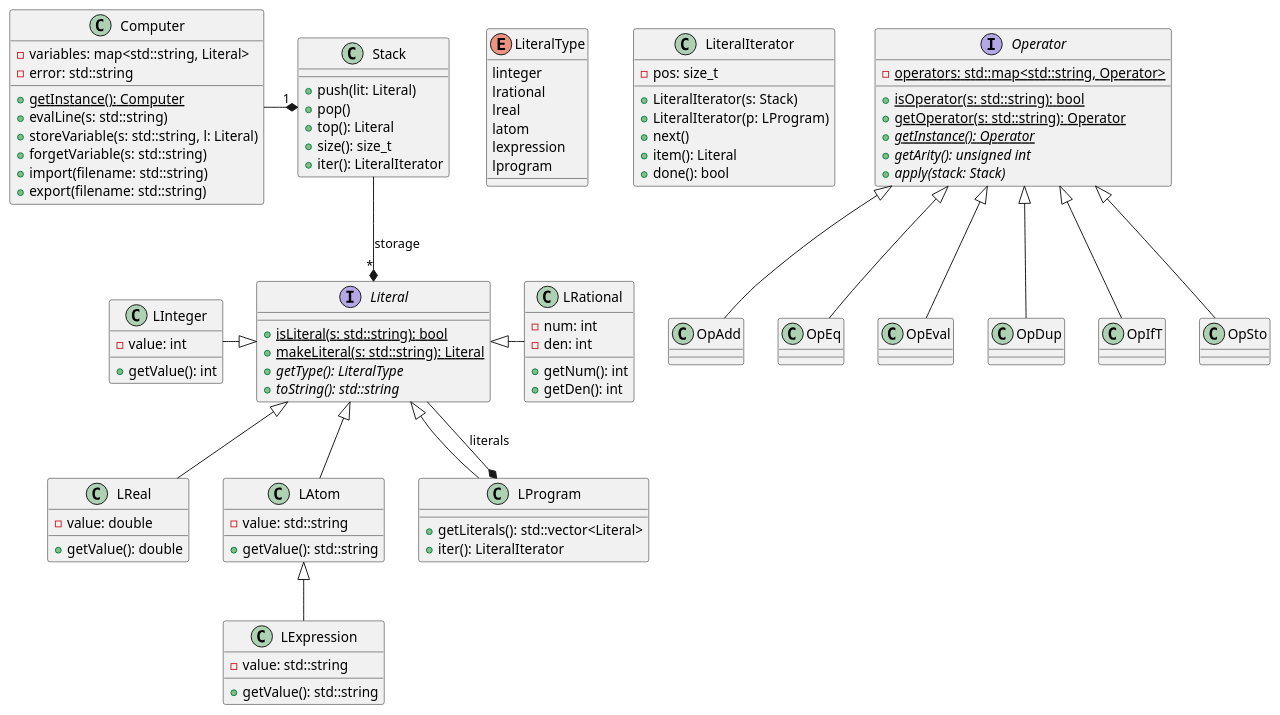
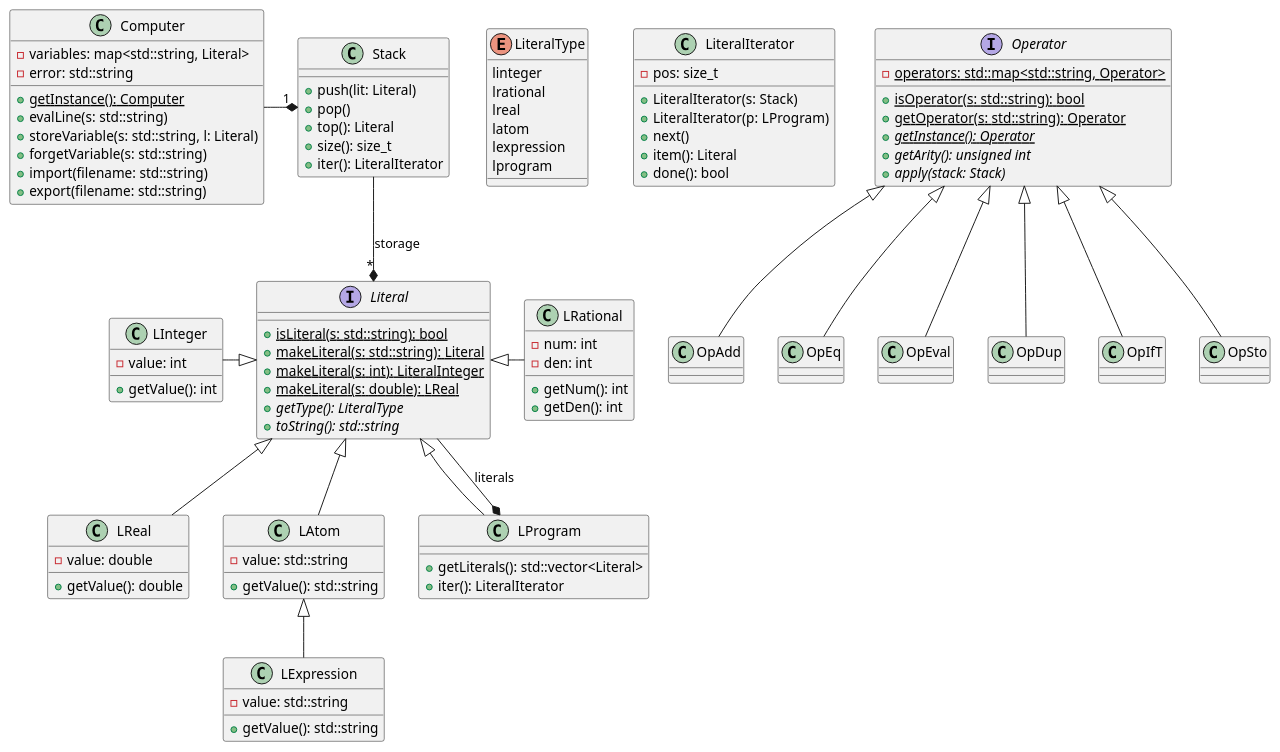
One commit to pltheoclement/LO21 changed the diagram in UML/comput.plantuml. Above: the diagram before and after it, drawn with PlantUML.

Commit message:
Ajout des surcharges de literal::makeLiteral(int) literal::makeLiteral(double)

```diff
--- a/UML/comput.plantuml
+++ b/UML/comput.plantuml
@@ -1,126 +1,128 @@
 @startuml
 
 class Computer{
     -variables: map<std::string, Literal>
     -error: std::string
     +{static}getInstance(): Computer
     +evalLine(s: std::string)
     +storeVariable(s: std::string, l: Literal)
     +forgetVariable(s: std::string)
     +import(filename: std::string)
     +export(filename: std::string)
 }
 Stack "1" *-left- Computer
 
 enum LiteralType{
     linteger
     lrational
     lreal
     latom
     lexpression
     lprogram
 }
 
 interface Literal{
     +{static}isLiteral(s: std::string): bool
     +{static}makeLiteral(s: std::string): Literal
+    +{static}makeLiteral(s: int): LiteralInteger
+    +{static}makeLiteral(s: double): LReal
     +{abstract}getType(): LiteralType
     +{abstract}toString(): std::string
 }
 
 class LInteger{
     -value: int
     +getValue(): int
 }
 Literal <|-left- LInteger
 
 class LRational{
     -num: int
     -den: int
     +getNum(): int
     +getDen(): int
 }
 Literal <|-right- LRational
 
 class LReal{
     -value: double
     +getValue(): double
 }
 Literal <|-- LReal
 
 class LAtom{
     -value: std::string
     +getValue(): std::string
 }
 Literal <|-- LAtom
 
 class LExpression{
     -value: std::string
     +getValue(): std::string
 }
 LAtom <|-- LExpression
 
 class LProgram{
     +getLiterals(): std::vector<Literal>
     +iter(): LiteralIterator
 }
 LProgram *-- Literal: literals
 Literal <|-- LProgram
 
 class Stack{
     +push(lit: Literal)
     +pop()
     +top(): Literal
     +size(): size_t
     +iter(): LiteralIterator
 }
 Stack --* "*" Literal: storage
 
 class LiteralIterator{
     -pos: size_t
     +LiteralIterator(s: Stack)
     +LiteralIterator(p: LProgram)
     +next()
     +item(): Literal
     +done(): bool
 }
 
 interface Operator{
     -{static}operators: std::map<std::string, Operator>
     +{static}isOperator(s: std::string): bool
     +{static}getOperator(s: std::string): Operator
     +{static}{abstract}getInstance(): Operator
     +{abstract}getArity(): unsigned int
     +{abstract}apply(stack: Stack)
 }
 
 Operator <|-- OpAdd
 'Operator <|-- OpSub
 'Operator <|-- OpMul
 'Operator <|-- OpDiv
 'Operator <|-- OpDivI
 'Operator <|-- OpMod
 'Operator <|-- OpNeg
 '
 Operator <|-- OpEq
 'Operator <|-- OpNEq
 'Operator <|-- OpSup
 'Operator <|-- OpInf
 'Operator <|-- OpSupE
 'Operator <|-- OpInfE
 'Operator <|-- OpAnd
 'Operator <|-- OpOr
 'Operator <|-- OpNot
 '
 Operator <|-- OpEval
 '
 Operator <|-- OpDup
 'Operator <|-- OpDrop
 'Operator <|-- OpSwap
 'Operator <|-- OpClear
 '
 Operator <|-- OpIfT
 '
 Operator <|-- OpSto
 'Operator <|-- OpForget
 @enduml
```
